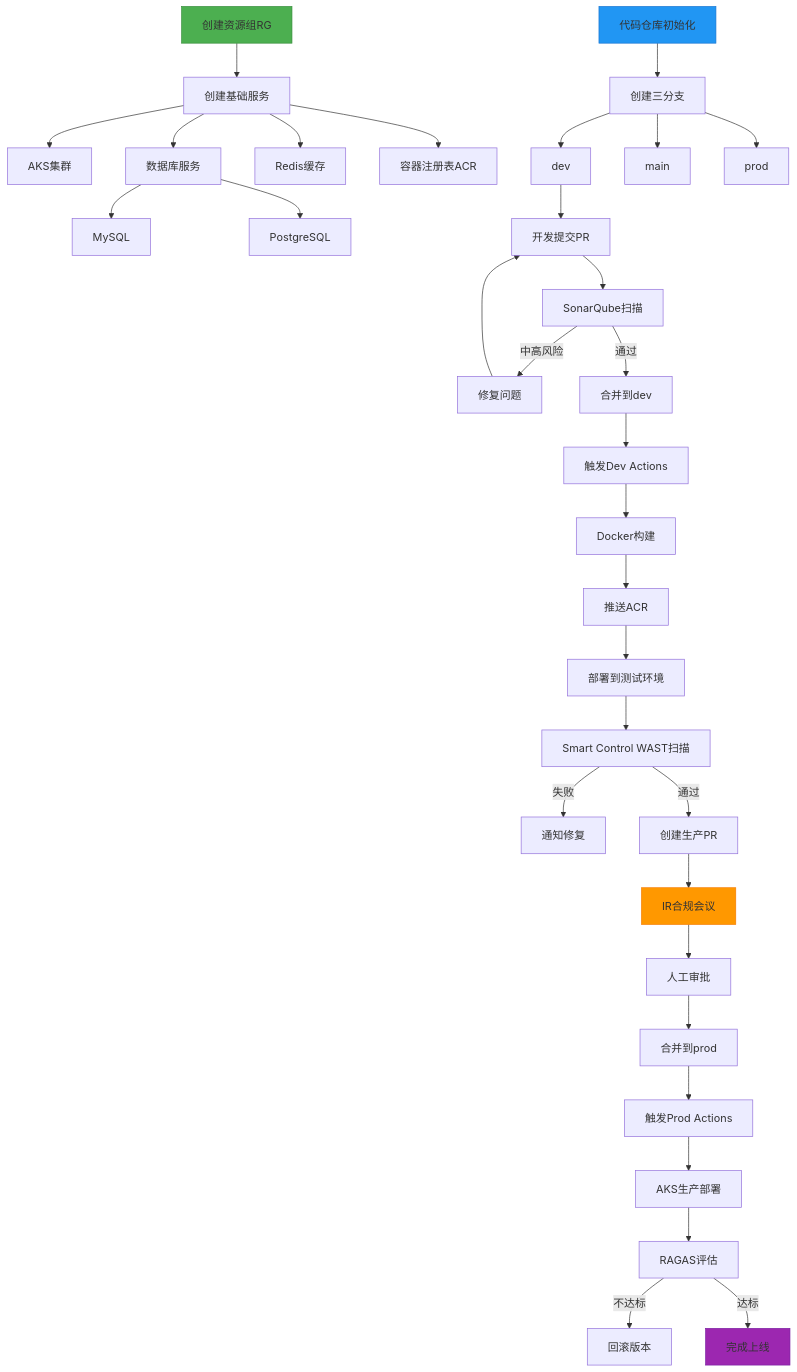
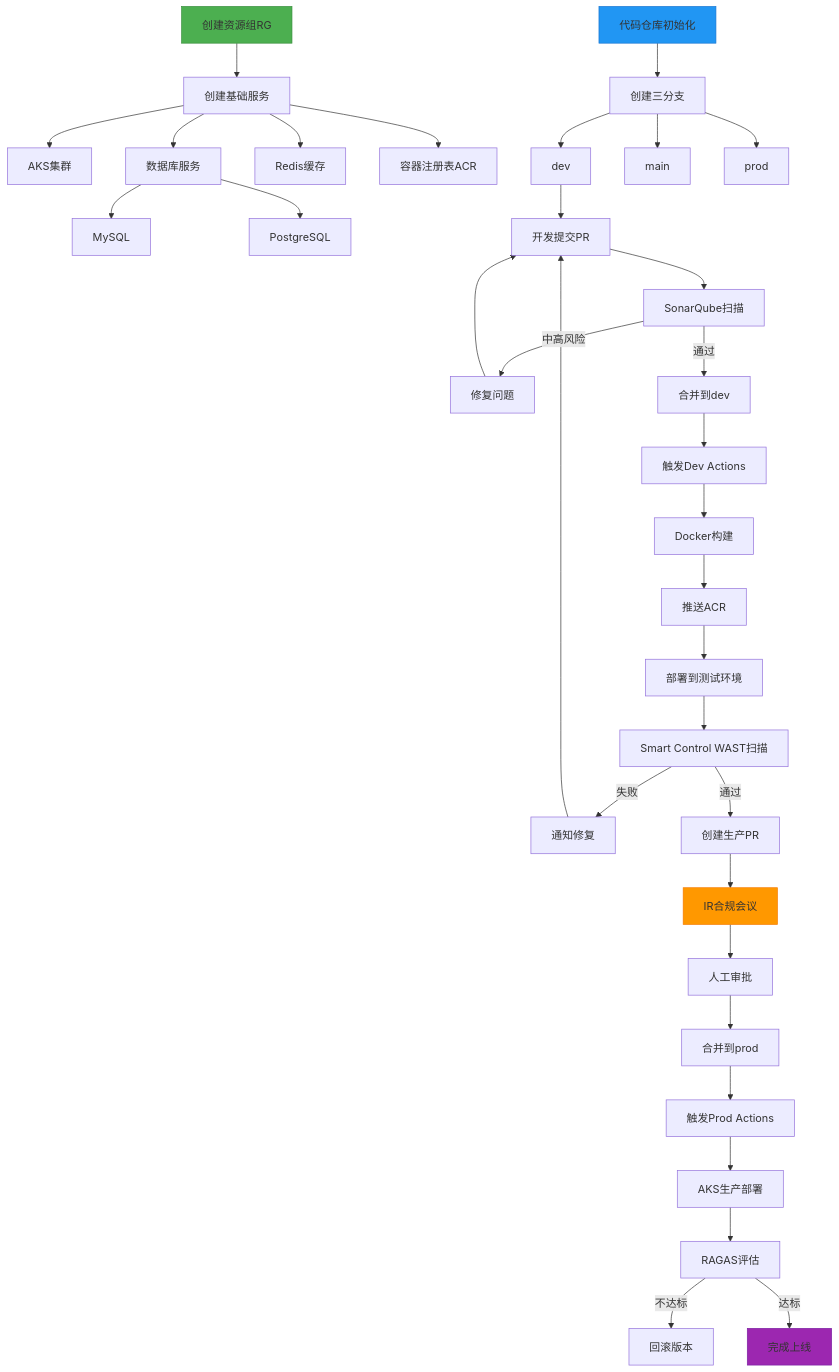
The diagram in all/未命名-1.md (funnyData/iodraw-files), drawn with Mermaid before and after one commit.

Commit message:
2025-02-27 01:20:47 update

````diff
--- a/all/未命名-1.md
+++ b/all/未命名-1.md
@@ -1,51 +1,51 @@
 ```mermaid
 graph TD
     A[创建资源组RG] --> B[创建基础服务]
     B --> C[AKS集群]
     B --> D[数据库服务]
     D --> DA[MySQL]
     D --> DB[PostgreSQL]
     B --> E[Redis缓存]
     B --> F[容器注册表ACR]
     
     G[代码仓库初始化] --> H[创建三分支]
     H --> I[dev]
     H --> J[main]
     H --> K[prod]
     
     I --> L[开发提交PR]
     L --> M[SonarQube扫描]
     M -->|中高风险| N[修复问题]
     N --> L
     M -->|通过| O[合并到dev]
     
     O --> P[触发Dev Actions]
     P --> Q[Docker构建]
     Q --> R[推送ACR]
     R --> S[部署到测试环境]
     
     S --> T[Smart Control WAST扫描]
     T -->|失败| U[通知修复]
-    
+    U --> L
     
     T -->|通过| V[创建生产PR]
     
     V --> W[IR合规会议]
     W --> X[人工审批]
     X --> Y[合并到prod]
     
     Y --> Z[触发Prod Actions]
     Z --> AC[AKS生产部署]
     %% Z --> AA[安全扫描]
     %% AA -->|高风险| AB[终止部署]
     %% AA -->|通过| AC[AKS生产部署]
     
     AC --> AD[RAGAS评估]
     AD -->|不达标| AE[回滚版本]
     AD -->|达标| AF[完成上线]
     
     style A fill:#4CAF50,stroke:#388E3C
     style G fill:#2196F3,stroke:#1976D2
     style W fill:#FF9800,stroke:#F57C00
     style AF fill:#9C27B0,stroke:#7B1FA2
 ```
````
